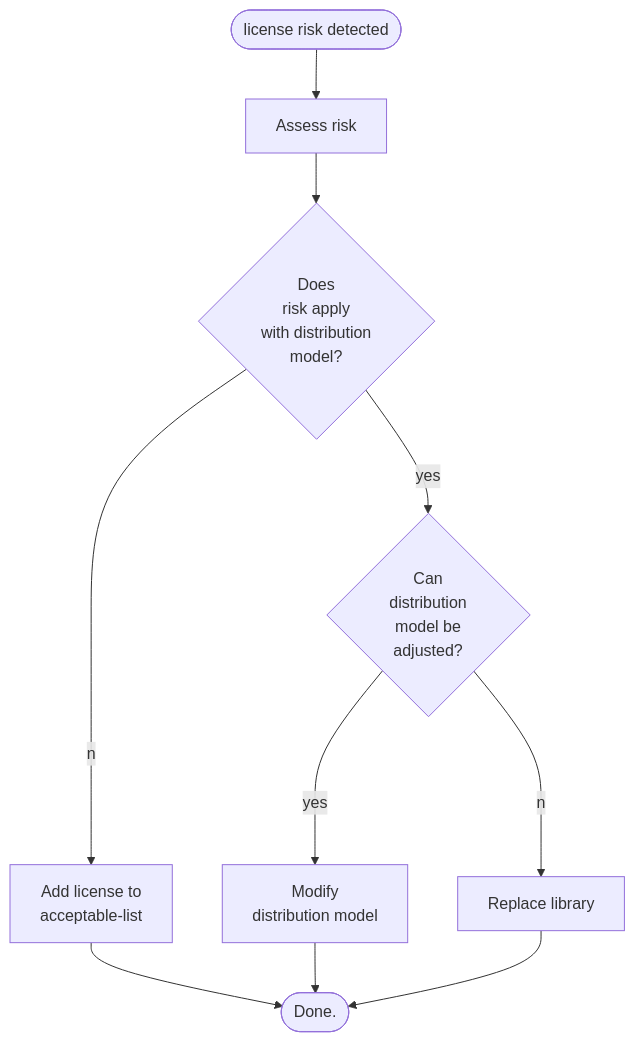
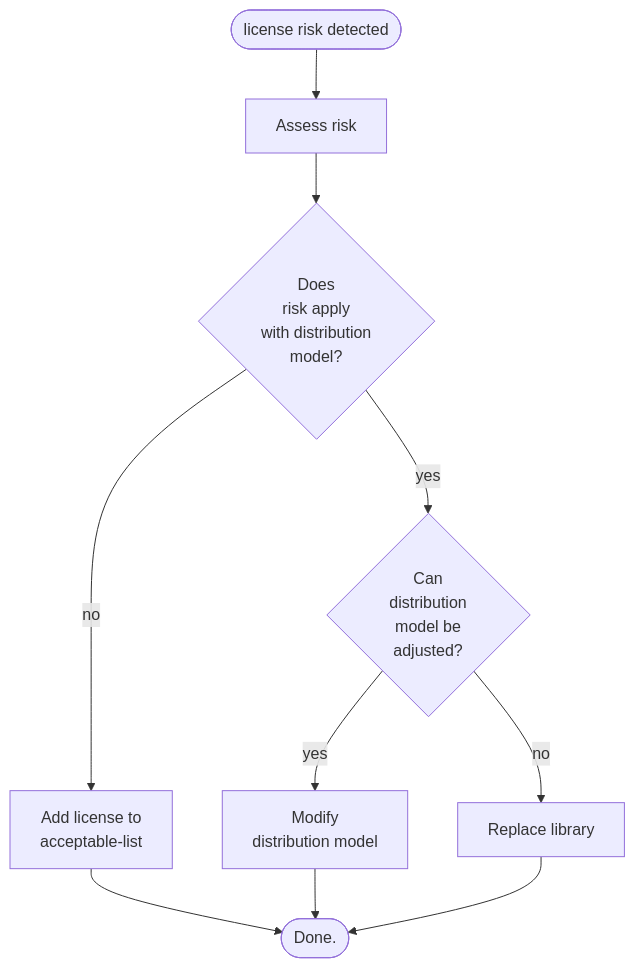
One commit to Software-Improvement-Group/sigridci changed the diagram in docs/workflows/best-practices-osh.md. Above: the diagram before and after it, drawn with Mermaid.

Commit message:
fixed labels with proper spacing

````diff
--- a/docs/workflows/best-practices-osh.md
+++ b/docs/workflows/best-practices-osh.md
@@ -270,9 +270,9 @@
 ```mermaid
 graph TD; 
     Start([license risk detected]) --> A[Assess risk];
     A --> D{"Does\n risk apply\n with distribution\n model?"};
-    D --yes--> D_yes{"Can\n distribution\n model be\n adjusted?"};
-    D --no--> D_no["Add license to\n acceptable-list"] --> E(["Done."]);
-    D_yes --yes--> M[Modify\n distribution model] --> E;
-    D_yes --no--> R[Replace library] --> E;
+    D -- yes --> D_yes{"Can\n distribution\n model be\n adjusted?"};
+    D -- no --> D_no["Add license to\n acceptable-list"] --> E(["Done."]);
+    D_yes -- yes --> M[Modify\n distribution model] --> E;
+    D_yes -- no --> R[Replace library] --> E;
 ```
````
